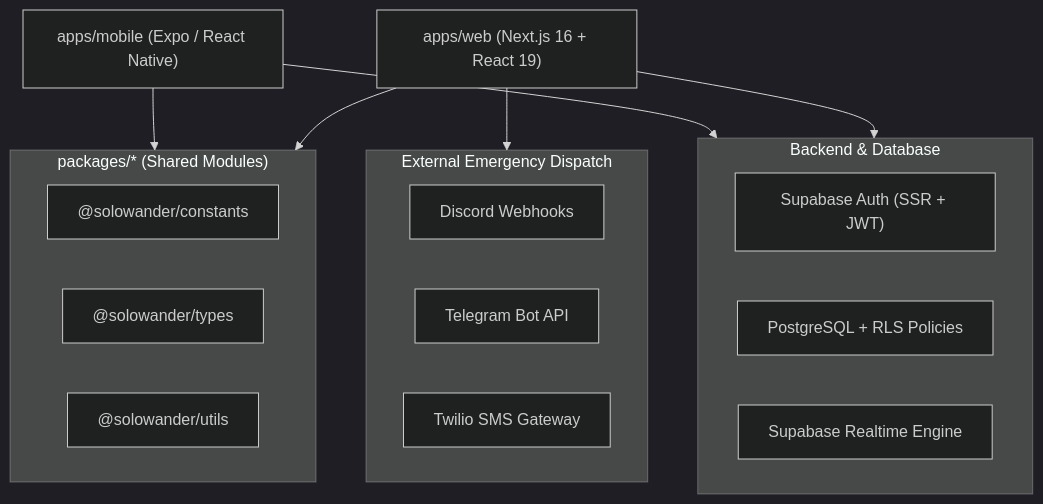
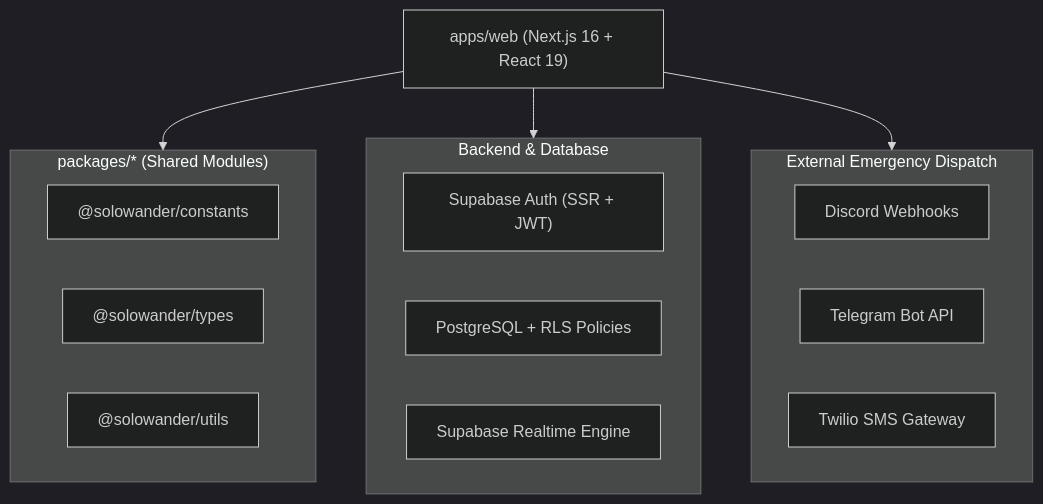
The diagram in README.md (akshat-shaw-509/SoloWander), drawn with Mermaid (dark theme) before and after one commit. The commit also changed other lines of this file and 43 other files, not shown here.

````diff
--- a/README.md
+++ b/README.md
@@ -53,29 +53,26 @@
 ```mermaid
 graph TD
     ClientWeb["apps/web (Next.js 16 + React 19)"]
-    ClientMobile["apps/mobile (Expo / React Native)"]
     
     subgraph Packages ["packages/* (Shared Modules)"]
         PkgConstants["@solowander/constants"]
         PkgTypes["@solowander/types"]
         PkgUtils["@solowander/utils"]
     end
     
     subgraph Backend ["Backend & Database"]
         SupabaseAuth["Supabase Auth (SSR + JWT)"]
         PostgresDB["PostgreSQL + RLS Policies"]
         Realtime["Supabase Realtime Engine"]
     end
     
     subgraph ExternalServices ["External Emergency Dispatch"]
         Discord["Discord Webhooks"]
         Telegram["Telegram Bot API"]
         Twilio["Twilio SMS Gateway"]
     end
 
     ClientWeb --> Packages
-    ClientMobile --> Packages
     ClientWeb --> Backend
-    ClientMobile --> Backend
     ClientWeb --> ExternalServices
 ```
````
